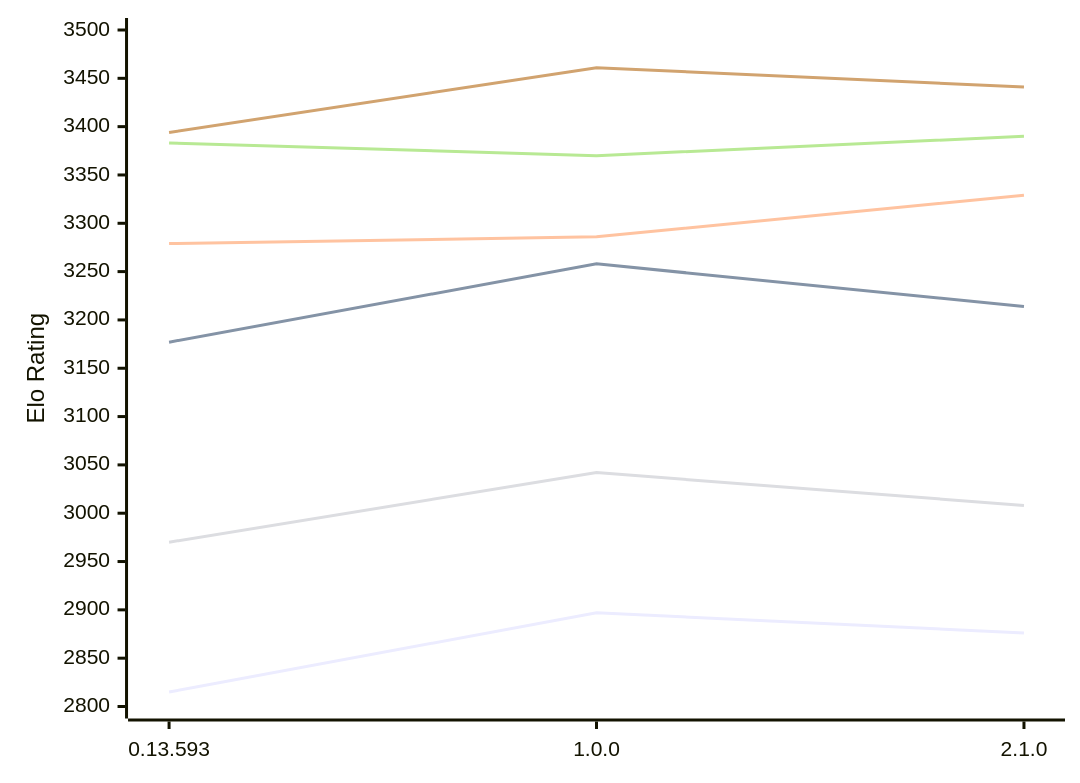
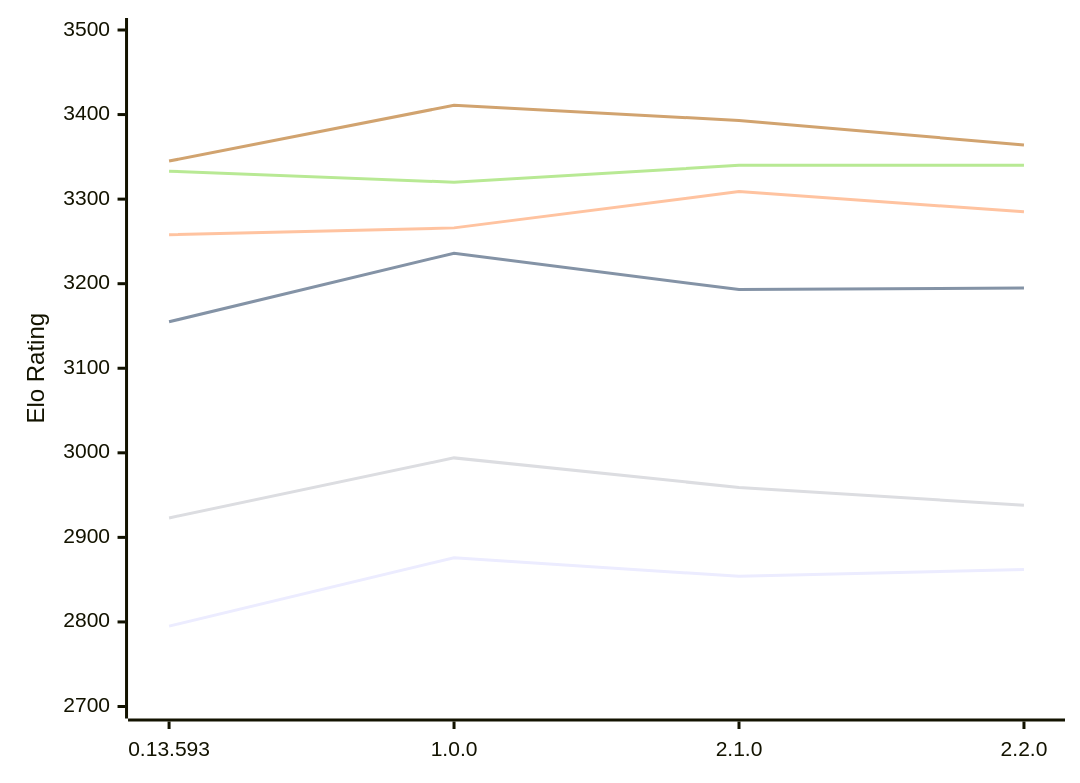
The diagram in engines/Pawnstar.md (computer-chess-index/cci), drawn with Mermaid before and after one commit. The commit also changed other lines of this file, not shown here.

Commit message:
Update CCI Ratings (ELO VLTC) - 2026-11-08

````diff
--- a/engines/Pawnstar.md
+++ b/engines/Pawnstar.md
@@ -51,12 +53,12 @@
 ```mermaid
 %%{init: {"theme":"base","themeVariables":{"seriesColors:['#a3a3a3','#222221','#faa371']}}}%%
 xychart-beta
-  x-axis ["0.13.593", "1.0.0", "2.1.0"]
-  y-axis "Elo Rating" 2800 --> 3500
-  line "E1: STC (8.0+0.08s)" [2815, 2897, 2876]
-  line "E1: LTC (60.0+0.60s)" [3177, 3258, 3214]
-  line "E1: VLTC (2m24s+1.12s)" [3279, 3286, 3329]
-  line "P1: STC (8.0+0.08s)" [2970, 3042, 3008]
-  line "P1: LTC (60.0+0.60s)" [3383, 3370, 3390]
-  line "P1: VLTC (2m24s+1.12s)" [3394, 3461, 3441]
+  x-axis ["0.13.593", "1.0.0", "2.1.0", "2.2.0"]
+  y-axis "Elo Rating" 2700 --> 3500
+  line "E1: STC (8.0+0.08s)" [2795, 2876, 2854, 2862]
+  line "E1: LTC (60.0+0.60s)" [3155, 3236, 3193, 3195]
+  line "E1: VLTC (2m24s+1.12s)" [3258, 3266, 3309, 3285]
+  line "P1: STC (8.0+0.08s)" [2923, 2994, 2959, 2938]
+  line "P1: LTC (60.0+0.60s)" [3333, 3320, 3340, 3340]
+  line "P1: VLTC (2m24s+1.12s)" [3345, 3411, 3393, 3364]
 ```
````
